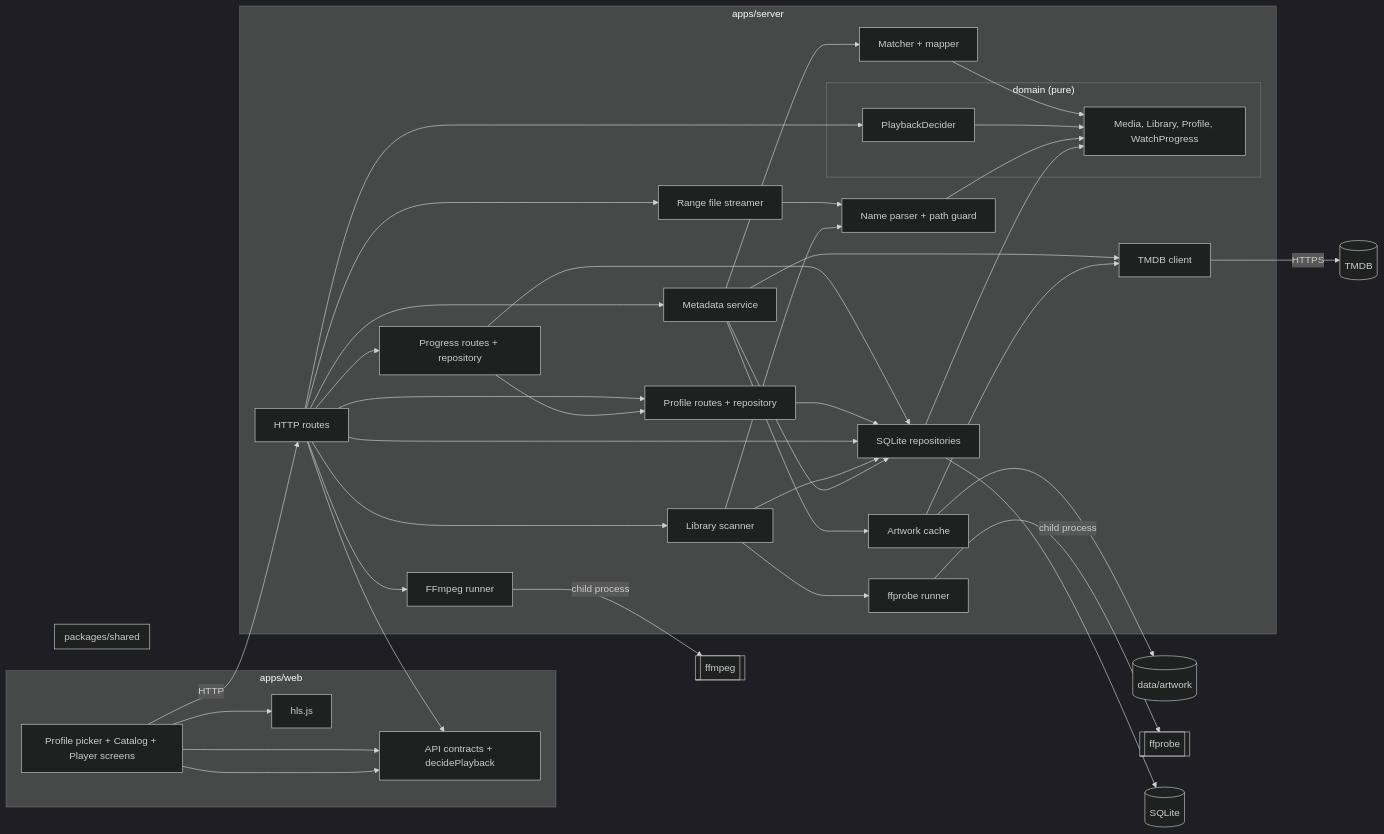
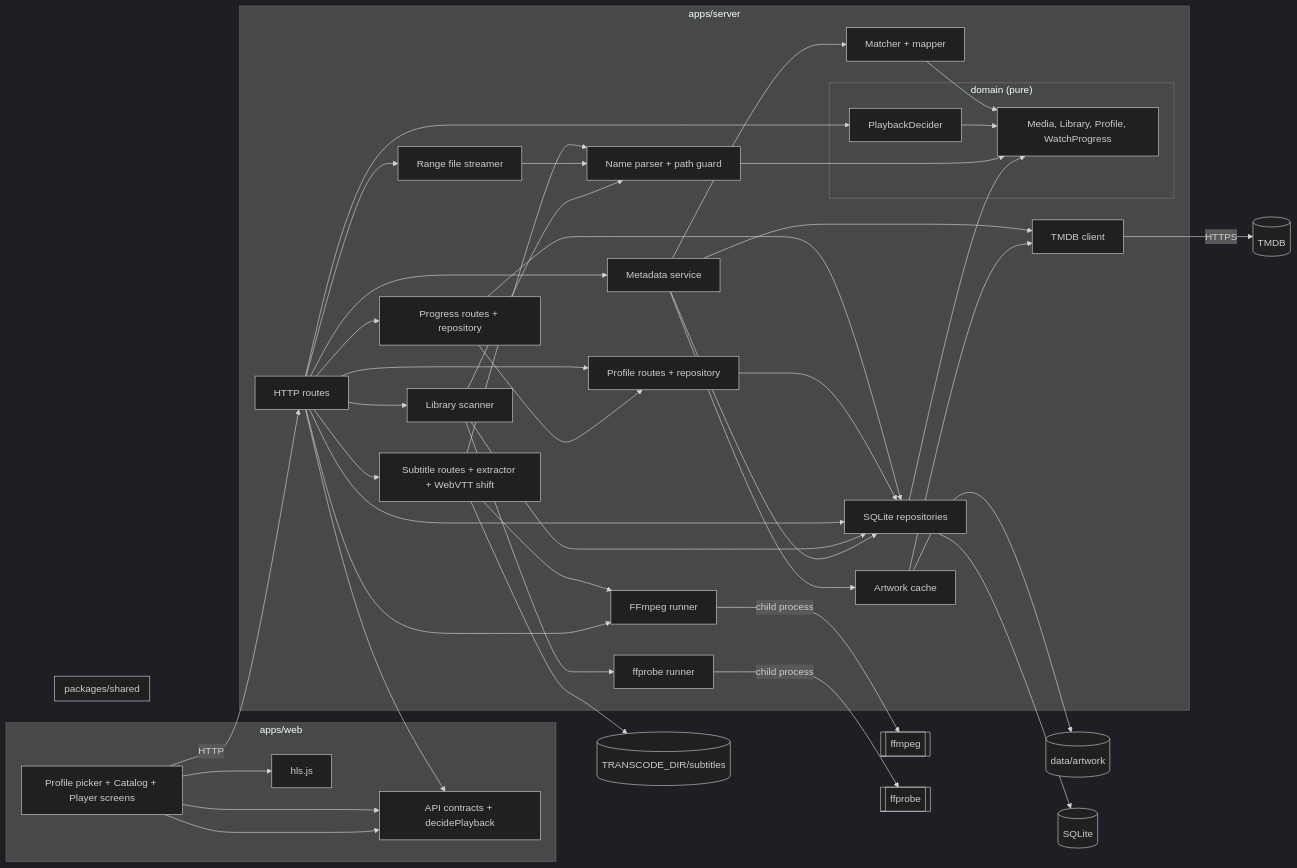
The diagram in docs/architecture/diagrams/playback/03-component.md (benoit-bremaud/popcorntv), drawn with Mermaid (dark theme) before and after one commit. The commit also changed other lines of this file and 20 other files, not shown here.

First line of the commit message:
feat(playback): serve subtitles as WebVTT tracks

````diff
--- a/docs/architecture/diagrams/playback/03-component.md
+++ b/docs/architecture/diagrams/playback/03-component.md
@@ -13,63 +13,68 @@
 ```mermaid
 flowchart LR
   subgraph Web ["apps/web"]
     UI[Profile picker + Catalog + Player screens]
     UI --> Contracts
     HLS[hls.js]
     UI --> HLS
   end
   subgraph Shared ["packages/shared"]
     Contracts[API contracts + decidePlayback]
   end
   subgraph Server ["apps/server"]
     Routes[HTTP routes]
     subgraph Domain ["domain (pure)"]
       Decider[PlaybackDecider]
       Entities[Media, Library, Profile, WatchProgress]
     end
     Scan[Library scanner]
     Parser[Name parser + path guard]
     MetaSvc[Metadata service]
     Match[Matcher + mapper]
     Meta[TMDB client]
     Art[Artwork cache]
     Trans[FFmpeg runner]
     Probe[ffprobe runner]
     Repo[SQLite repositories]
     Stream[Range file streamer]
+    Subs[Subtitle routes + extractor + WebVTT shift]
     Progress[Progress routes + repository]
     Profiles[Profile routes + repository]
     Routes --> Progress
     Routes --> Profiles
     Progress --> Profiles
     Progress --> Repo
     Profiles --> Repo
     Routes --> Stream
+    Routes --> Subs
+    Subs --> Parser
+    Subs --> Trans
     Stream --> Parser
     Routes --> Decider
     Routes --> Repo
     Routes --> Trans
     Routes --> Scan
     Scan --> Parser
     Scan --> Probe
     Scan --> Repo
     Routes --> MetaSvc
     MetaSvc --> Match
     MetaSvc --> Meta
     MetaSvc --> Art
     MetaSvc --> Repo
     Art --> Meta
     Match --> Entities
     Decider --> Entities
     Parser --> Entities
     Repo --> Entities
   end
   UI --> Contracts
   Routes --> Contracts
   UI -->|"HTTP"| Routes
   Meta -->|"HTTPS"| TMDB[("TMDB")]
   Art --> Disk[("data/artwork")]
+  Subs --> SubCache[("TRANSCODE_DIR/subtitles")]
   Trans -->|"child process"| FFmpeg[["ffmpeg"]]
   Probe -->|"child process"| FFprobe[["ffprobe"]]
   Repo --> DB[("SQLite")]
 ```
````
